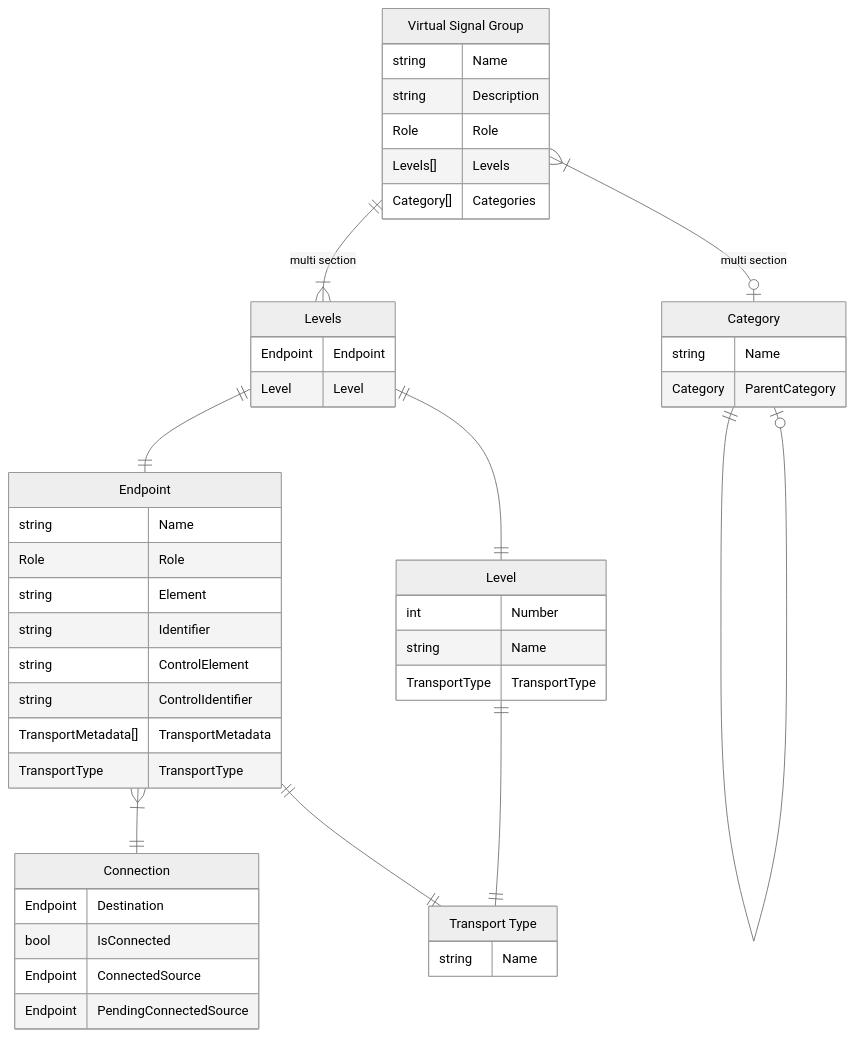
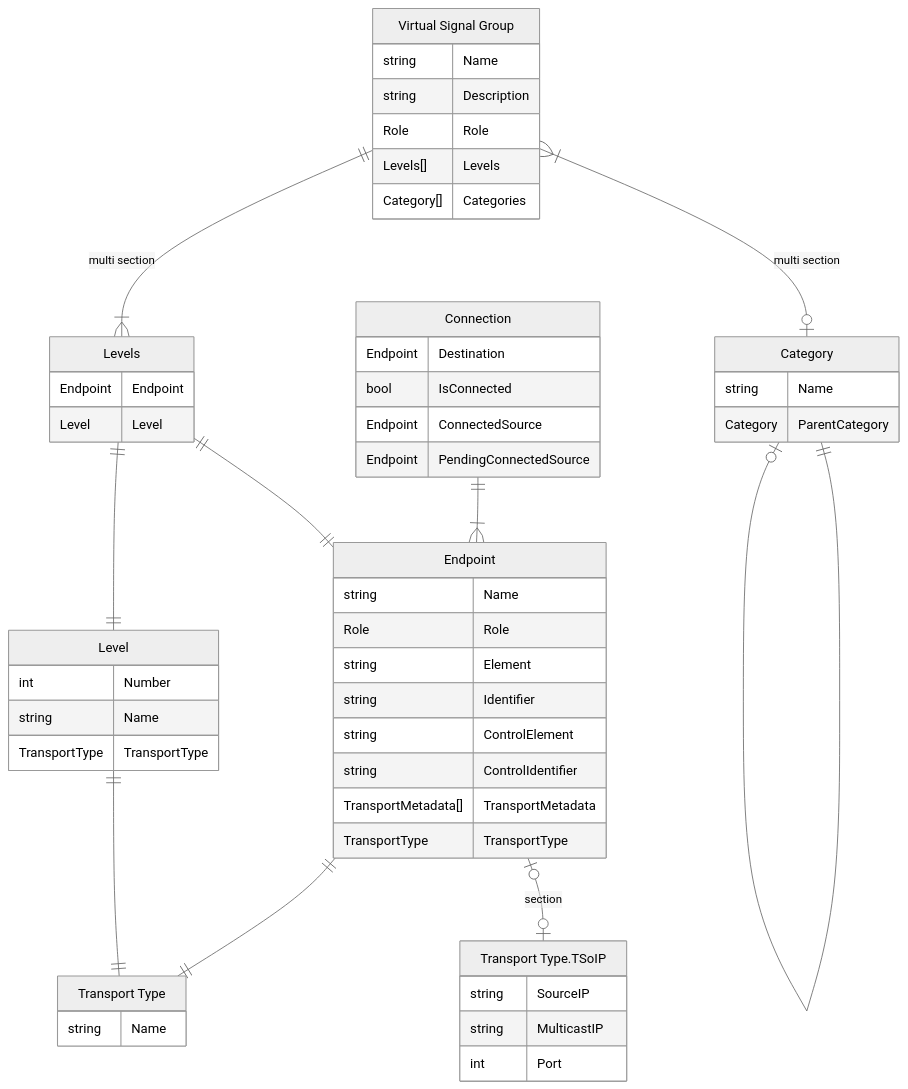
Before and after one commit to SkylineCommunications/Skyline.DataMiner.Dev.Utils.Solutions.MediaOps.Live: the diagram in Documentation/Data Model.md, drawn with Mermaid (neutral theme).

Commit message:
Add to data model

````diff
--- a/Documentation/Data Model.md
+++ b/Documentation/Data Model.md
@@ -3,51 +3,58 @@
 ```mermaid
 erDiagram
     "Category" {
         string Name
         Category ParentCategory
     }
-    "Connection" {
+	"Connection" {
         Endpoint Destination
         bool IsConnected
         Endpoint ConnectedSource
         Endpoint PendingConnectedSource
     }
     "Endpoint" {
         string Name
         Role Role
         string Element
         string Identifier
         string ControlElement
         string ControlIdentifier
         TransportMetadata[] TransportMetadata
         TransportType TransportType
     }
     "Level" {
         int Number
         string Name
         TransportType TransportType
     }
     "Transport Type" {
         string Name
     }
     "Virtual Signal Group" {
         string Name
         string Description
         Role Role
         Levels[] Levels
         Category[] Categories
     }
     "Levels" {
         Endpoint Endpoint
         Level Level
     }
+    "Transport Type.TSoIP" {
+        string SourceIP
+        string MulticastIP
+        int Port
+    }
 
-    "Category" ||--o| "Category" : ""
     "Virtual Signal Group" ||--|{ "Levels" : "multi section"
     "Virtual Signal Group" }|--|o "Category" : "multi section"
-    "Endpoint" }|--|| "Connection" : ""
     "Endpoint" ||--|| "Transport Type" : ""
+    "Endpoint" |o--o| "Transport Type.TSoIP" : "section"
+    "Connection" ||--|{ "Endpoint" : ""
     "Levels" ||--|| "Endpoint" : ""
     "Levels" ||--|| "Level" : ""
     "Level" ||--|| "Transport Type" : ""
+    "Category" ||--o| "Category" : ""
+
 ```
````
